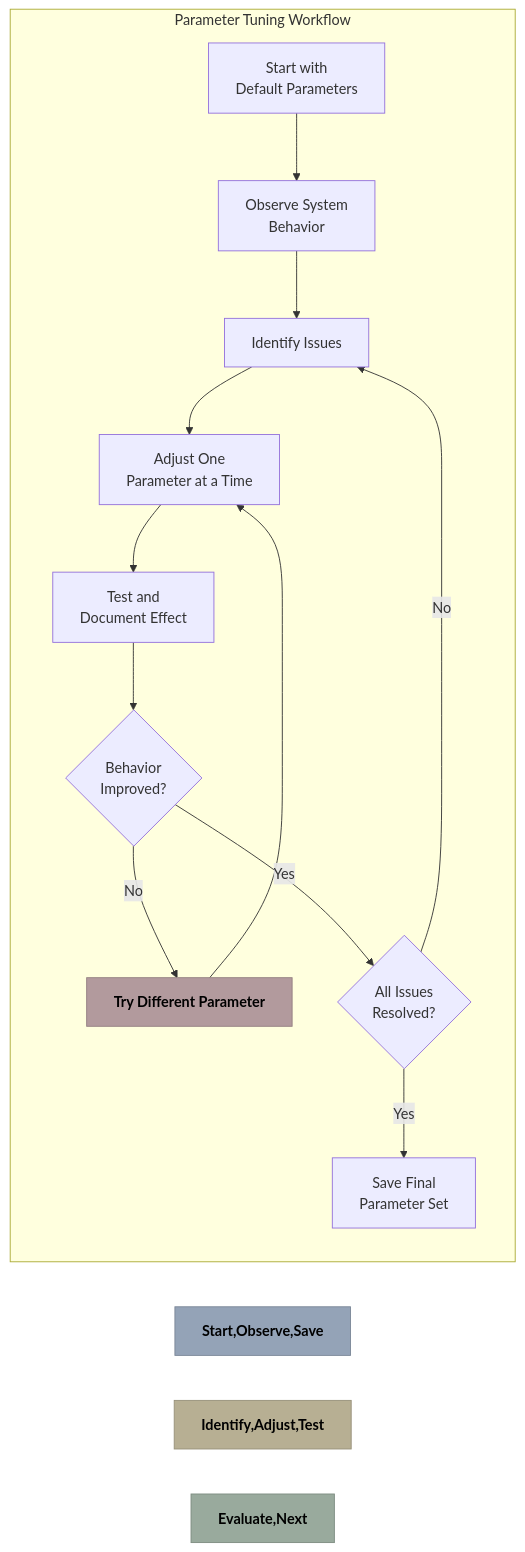
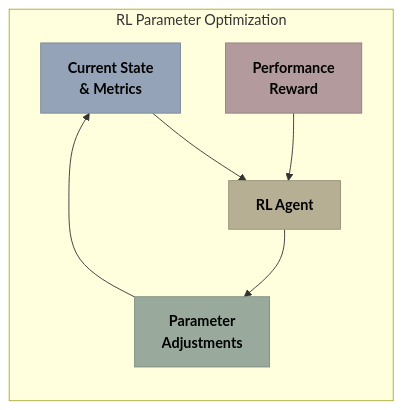
One commit to acoderu/BallChase changed diagram 25 of 27 in ros2_ball_chase_ws/docs/StateManagement.md. Above: the diagram before and after it, drawn with Mermaid. The commit also changed other lines of this file and 1 other file, not shown here.

Commit message:
document updates...

````diff
--- a/ros2_ball_chase_ws/docs/StateManagement.md
+++ b/ros2_ball_chase_ws/docs/StateManagement.md
@@ -3788,22 +4280,14 @@
 ```mermaid
-
-        flowchart LR
-    subgraph "Parameter Tuning Workflow"
-        Start["Start with<br>Default Parameters"] --> 
-        Observe["Observe System<br>Behavior"] -->
-        Identify["Identify Issues"] -->
-        Adjust["Adjust One<br>Parameter at a Time"] -->
-        Test["Test and<br>Document Effect"] -->
-        Evaluate{"Behavior<br>Improved?"}
-    Evaluate -->|No| Reset["Try Different Parameter"]
-        Reset --> Adjust
-    Evaluate -->|Yes| Next{"All Issues<br>Resolved?"}
-    Next -->|No| Identify
-        Next -->|Yes| Save["Save Final<br>Parameter Set"]
+flowchart LR
+    subgraph "RL Parameter Optimization"
+        State["Current State<br>& Metrics"] --> Agent["RL Agent"]
+        Agent --> Action["Parameter<br>Adjustments"]
+        Action --> State
+        Reward["Performance<br>Reward"] --> Agent
     end
 
-    style Start,Observe,Save fill:#94a3b7,stroke:#7a8697,stroke-width:1px,color:#000000,font-weight:bold
-    style Identify,Adjust,Test fill:#b7af93,stroke:#979079,stroke-width:1px,color:#000000,font-weight:bold
-    style Evaluate,Next fill:#99aa9d,stroke:#7d8c81,stroke-width:1px,color:#000000,font-weight:bold
-    style Reset fill:#b29a9d,stroke:#937f81,stroke-width:1px,color:#000000,font-weight:bold
+    style State fill:#94a3b7,stroke:#7a8697,stroke-width:1px,color:#000000,font-weight:bold
+    style Agent fill:#b7af93,stroke:#979079,stroke-width:1px,color:#000000,font-weight:bold
+    style Action fill:#99aa9d,stroke:#7d8c81,stroke-width:1px,color:#000000,font-weight:bold
+    style Reward fill:#b29a9d,stroke:#937f81,stroke-width:1px,color:#000000,font-weight:bold
 ```
````
